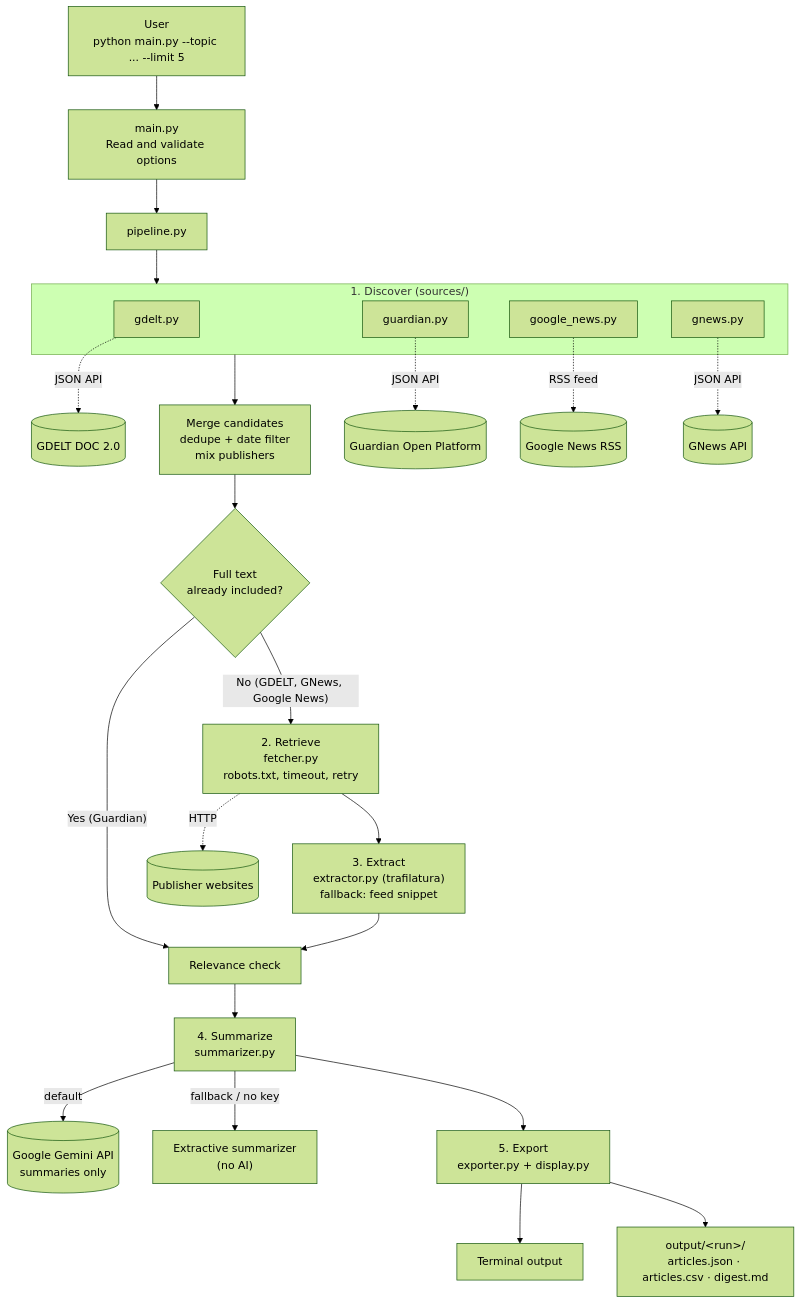
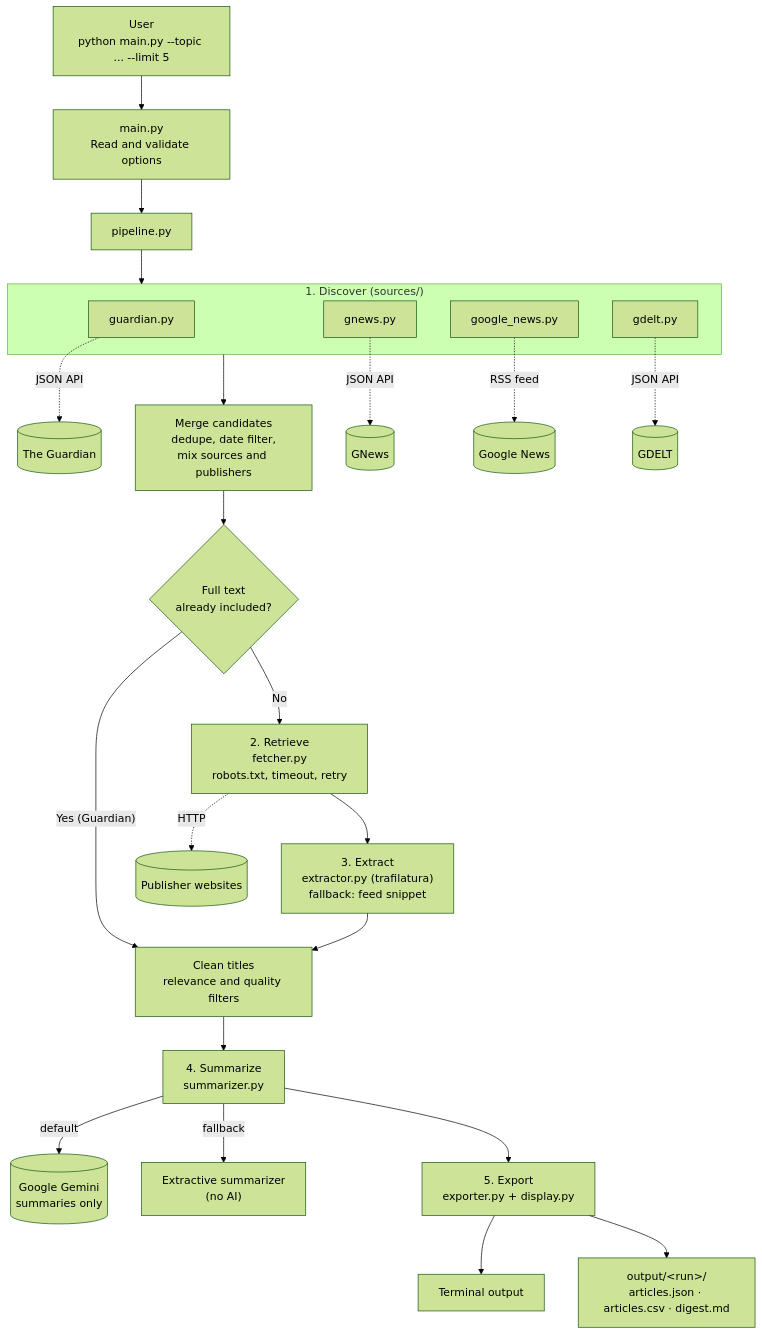
Before and after one commit to Humera-tech/NewsPulse: the diagram in README.md, drawn with Mermaid (forest theme). The commit also changed other lines of this file, not shown here.

Commit message:
docs: update NewsPulse project documentation

````diff
--- a/README.md
+++ b/README.md
@@ -92,35 +105,35 @@
 ```mermaid
 flowchart TD
     A["User<br/>python main.py --topic ... --limit 5"] --> B["main.py<br/>Read and validate options"]
     B --> C["pipeline.py"]
 
     subgraph DISCOVER["1. Discover (sources/)"]
-        G1["gdelt.py"]
-        G2["guardian.py"]
+        G1["guardian.py"]
+        G2["gnews.py"]
         G3["google_news.py"]
-        G4["gnews.py"]
+        G4["gdelt.py"]
     end
 
     C --> DISCOVER
-    G1 -. "JSON API" .-> S1[("GDELT DOC 2.0")]
-    G2 -. "JSON API" .-> S2[("Guardian Open Platform")]
-    G3 -. "RSS feed" .-> S3[("Google News RSS")]
-    G4 -. "JSON API" .-> S4[("GNews API")]
+    G1 -. "JSON API" .-> S1[("The Guardian")]
+    G2 -. "JSON API" .-> S2[("GNews")]
+    G3 -. "RSS feed" .-> S3[("Google News")]
+    G4 -. "JSON API" .-> S4[("GDELT")]
 
-    DISCOVER --> M["Merge candidates<br/>dedupe + date filter<br/>mix publishers"]
+    DISCOVER --> M["Merge candidates<br/>dedupe, date filter,<br/>mix sources and publishers"]
 
     M --> Q{"Full text<br/>already included?"}
-    Q -- "Yes (Guardian)" --> R["Relevance check"]
-    Q -- "No (GDELT, GNews, Google News)" --> F["2. Retrieve<br/>fetcher.py<br/>robots.txt, timeout, retry"]
+    Q -- "Yes (Guardian)" --> R["Clean titles<br/>relevance and quality filters"]
+    Q -- "No" --> F["2. Retrieve<br/>fetcher.py<br/>robots.txt, timeout, retry"]
     F -. "HTTP" .-> P[("Publisher websites")]
     F --> X["3. Extract<br/>extractor.py (trafilatura)<br/>fallback: feed snippet"]
     X --> R
 
     R --> SUM["4. Summarize<br/>summarizer.py"]
-    SUM -- "default" --> GEM[("Google Gemini API<br/>summaries only")]
-    SUM -- "fallback / no key" --> EXT["Extractive summarizer<br/>(no AI)"]
+    SUM -- "default" --> GEM[("Google Gemini<br/>summaries only")]
+    SUM -- "fallback" --> EXT["Extractive summarizer<br/>(no AI)"]
 
     SUM --> EXP["5. Export<br/>exporter.py + display.py"]
     EXP --> O1["Terminal output"]
     EXP --> O2["output/&lt;run&gt;/<br/>articles.json · articles.csv · digest.md"]
 ```
````
